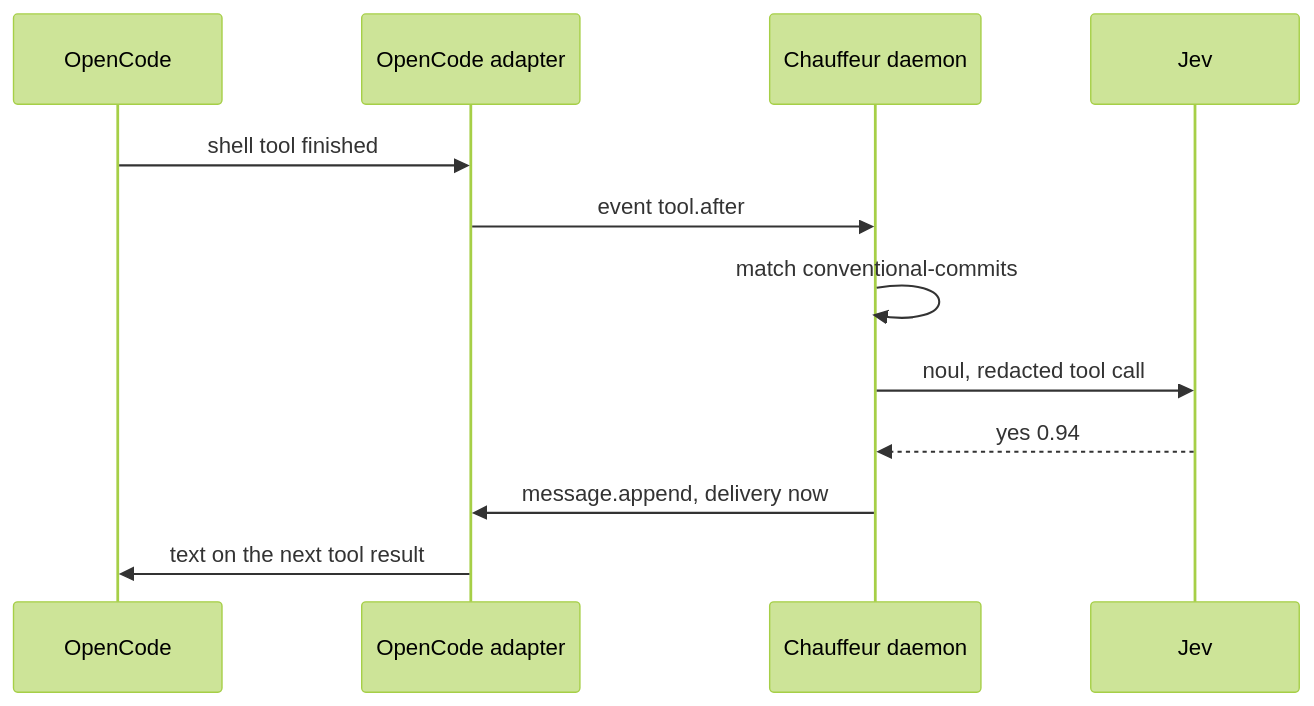
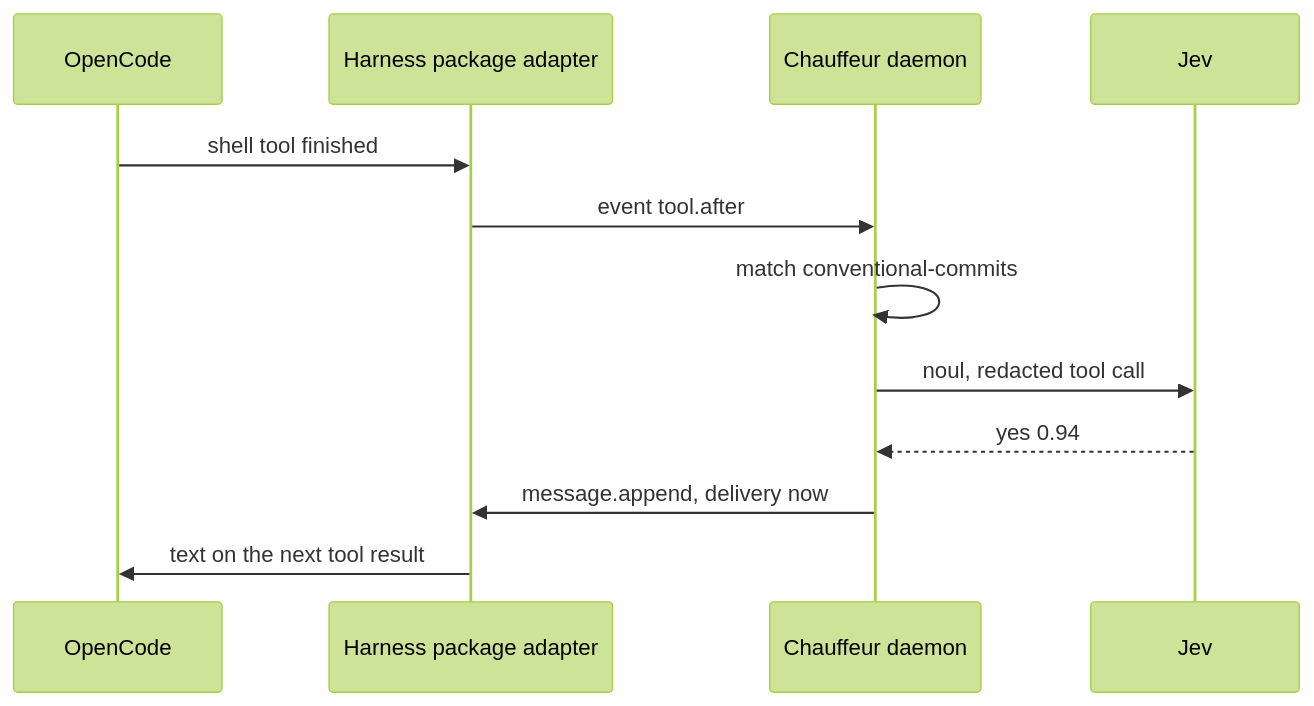
One commit to StevenJPx2/chauffeur changed diagram 15 of 16 in docs/plans/pluggability.md. Above: the diagram before and after it, drawn with Mermaid (forest theme). The commit also changed other lines of this file, not shown here.

First line of the commit message:
docs(plans): adopt the shared harness package for adapters

````diff
--- a/docs/plans/pluggability.md
+++ b/docs/plans/pluggability.md
@@ -1606,14 +1409,14 @@
 ```mermaid
 sequenceDiagram
     participant O as OpenCode
-    participant A as OpenCode adapter
+    participant A as Harness package adapter
     participant D as Chauffeur daemon
     participant J as Jev
     O->>A: shell tool finished
     A->>D: event tool.after
     D->>D: match conventional-commits
     D->>J: noul, redacted tool call
     J-->>D: yes 0.94
     D->>A: message.append, delivery now
     A->>O: text on the next tool result
 ```
````
